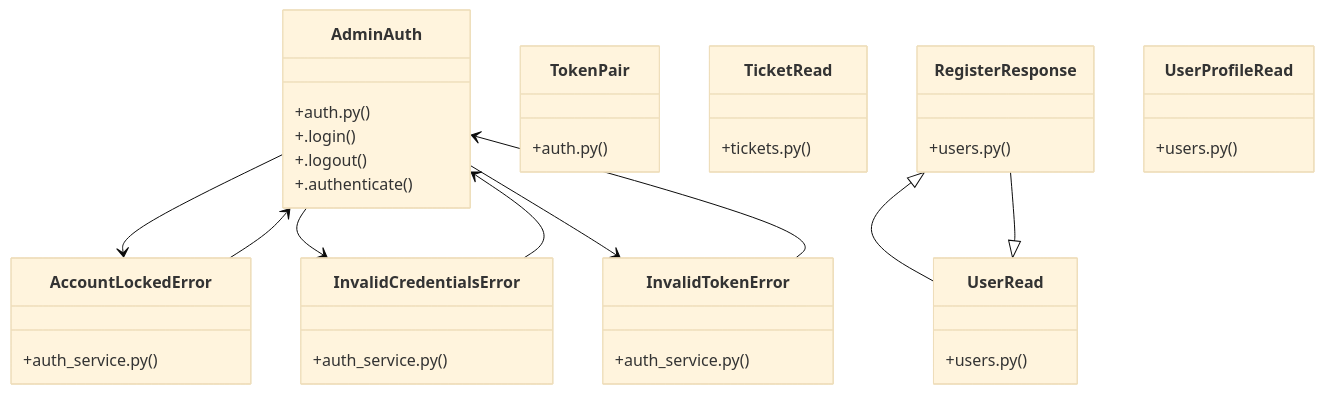
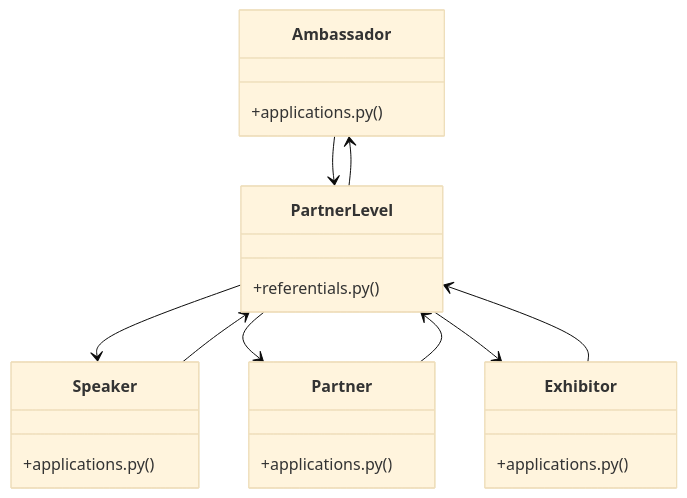
The diagram in graphify-out/wiki/[PromoCode_&_Payment]_Cluster.md (adjanayo/synca_conf_back), drawn with Mermaid (base theme) before and after one commit. The commit also changed other lines of this file and 47 other files, not shown here.

Commit message:
chore: mise à jour graphify (graphe du code)

````diff
--- a/graphify-out/wiki/[PromoCode_&_Payment]_Cluster.md
+++ b/graphify-out/wiki/[PromoCode_&_Payment]_Cluster.md
@@ -36,41 +36,26 @@
 ```mermaid
 classDiagram
-    class AdminAuth {
-        +auth.py()
-        +.login()
-        +.logout()
-        +.authenticate()
+    class Ambassador {
+        +applications.py()
     }
-    class AccountLockedError {
-        +auth_service.py()
+    class Exhibitor {
+        +applications.py()
     }
-    class InvalidCredentialsError {
-        +auth_service.py()
+    class Partner {
+        +applications.py()
     }
-    class InvalidTokenError {
-        +auth_service.py()
+    class Speaker {
+        +applications.py()
     }
-    class TokenPair {
-        +auth.py()
+    class PartnerLevel {
+        +referentials.py()
     }
-    class TicketRead {
-        +tickets.py()
-    }
-    class RegisterResponse {
-        +users.py()
-    }
-    class UserProfileRead {
-        +users.py()
-    }
-    class UserRead {
-        +users.py()
-    }
-    AdminAuth --> AccountLockedError
-    AdminAuth --> InvalidCredentialsError
-    AdminAuth --> InvalidTokenError
-    AccountLockedError --> AdminAuth
-    InvalidCredentialsError --> AdminAuth
-    InvalidTokenError --> AdminAuth
-    UserRead <|-- RegisterResponse
-    RegisterResponse <|-- UserRead
+    Ambassador --> PartnerLevel
+    Exhibitor --> PartnerLevel
+    Partner --> PartnerLevel
+    Speaker --> PartnerLevel
+    PartnerLevel --> Speaker
+    PartnerLevel --> Ambassador
+    PartnerLevel --> Partner
+    PartnerLevel --> Exhibitor
 ```
````
